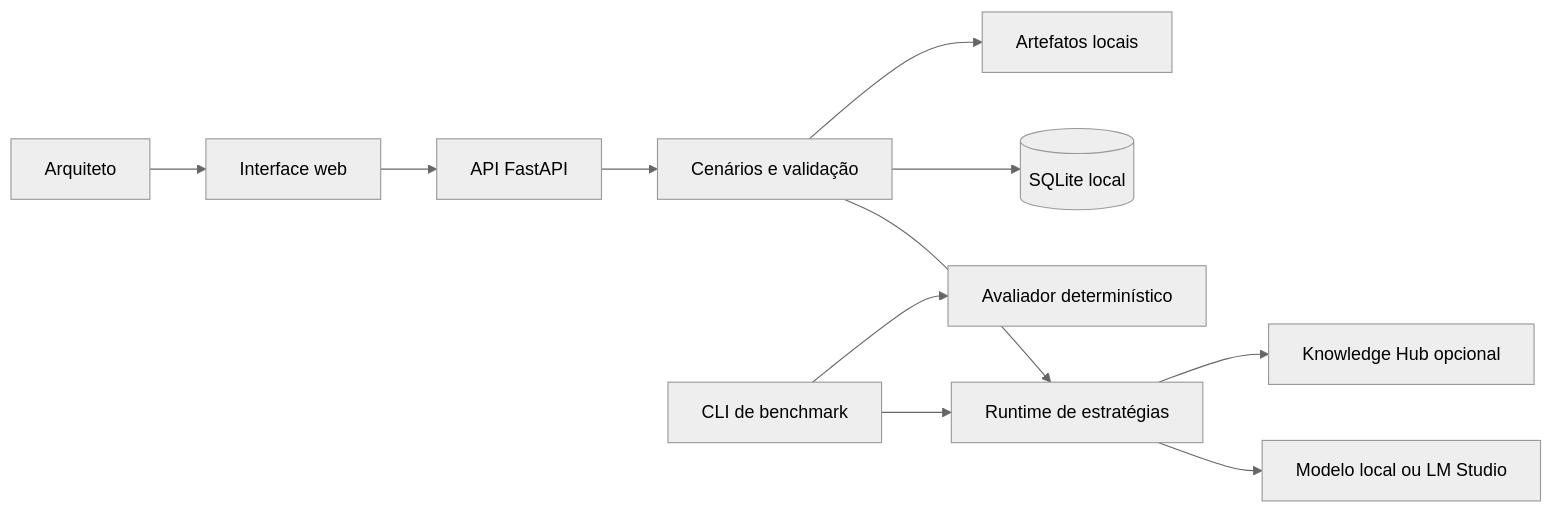
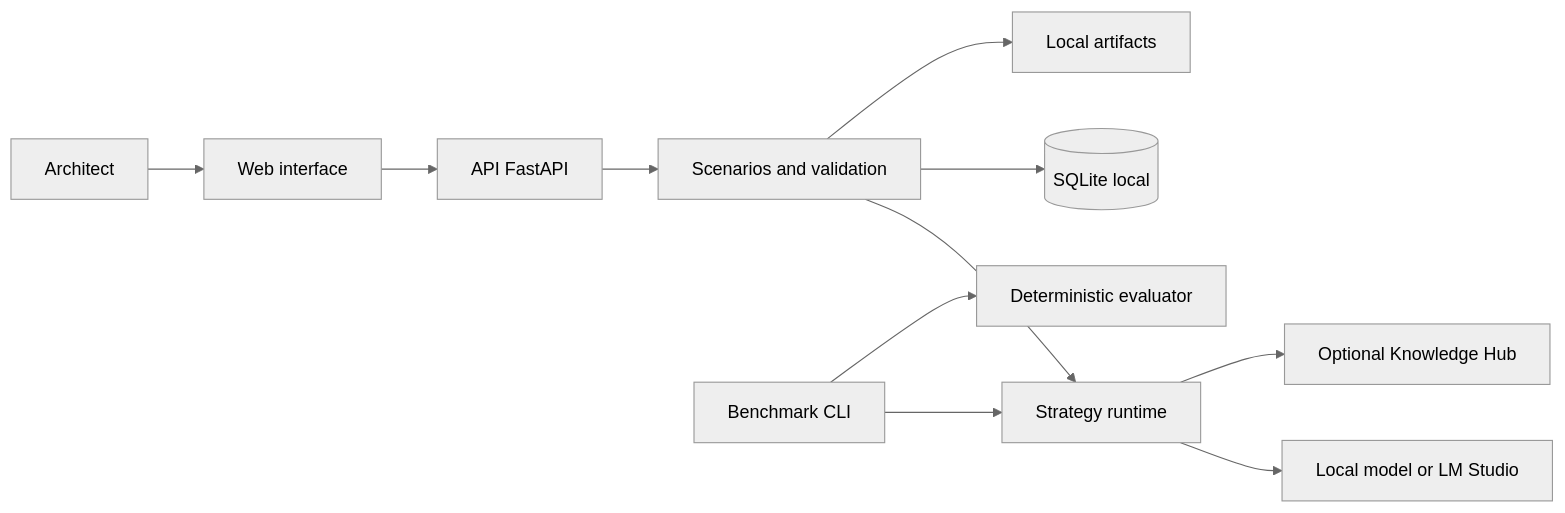
One commit to MarceloSoiber/adr-forge changed the diagram in README.md. Above: the diagram before and after it, drawn with Mermaid (neutral theme). The commit also changed other lines of this file, not shown here.

````diff
--- a/README.md
+++ b/README.md
@@ -73,13 +105,13 @@
 ```mermaid
 flowchart LR
-  U[Arquiteto] --> W[Interface web]
+  U[Architect] --> W[Web interface]
   W --> API[API FastAPI]
-  API --> S[Cenários e validação]
-  S --> R[Runtime de estratégias]
-  R --> L[Modelo local ou LM Studio]
-  R --> K[Knowledge Hub opcional]
+  API --> S[Scenarios and validation]
+  S --> R[Strategy runtime]
+  R --> L[Local model or LM Studio]
+  R --> K[Optional Knowledge Hub]
   S --> D[(SQLite local)]
-  S --> A[Artefatos locais]
-  B[CLI de benchmark] --> R
-  B --> E[Avaliador determinístico]
+  S --> A[Local artifacts]
+  B[Benchmark CLI] --> R
+  B --> E[Deterministic evaluator]
 ```
````
